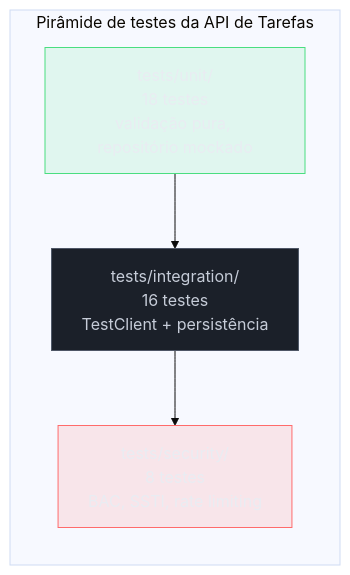
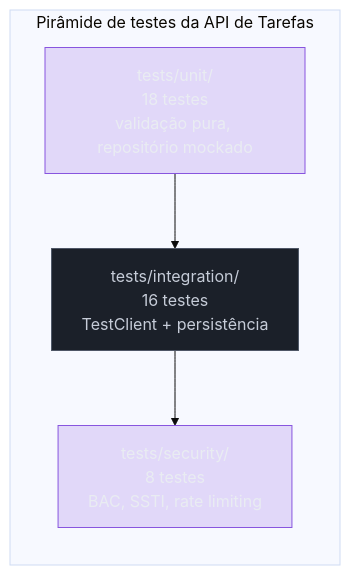
Before and after one commit to josenaldo/codex-technomanticus: the fourth of 4 diagrams in 03-Dominios/Tecnologia/Python/Testes/09 - Capstone — a suíte de testes da API de Tarefas.md, drawn with Mermaid (base theme). The commit also changed other lines of this file and 601 other files, not shown here.

````diff
--- a/03-Dominios/Tecnologia/Python/Testes/09 - Capstone — a suíte de testes da API de Tarefas.md
+++ b/03-Dominios/Tecnologia/Python/Testes/09 - Capstone — a suíte de testes da API de Tarefas.md
@@ -548,18 +548,17 @@
 ```mermaid
 flowchart TD
-    classDef ok fill:#4ADE8021,stroke:#4ADE80,color:#E9ECF2
+    classDef marca fill:#8855DF33,stroke:#8855DF,color:#E9ECF2
     classDef neutro fill:#1B2029,stroke:#4E5666,color:#C6CCD8
-    classDef falha fill:#FF6B6B24,stroke:#FF6B6B,color:#E9ECF2
     subgraph Piramide["Pirâmide de testes da API de Tarefas"]
         direction TB
         SEG["tests/security/\n8 testes\nBAC, SSTI, rate limiting"]
         INTEG["tests/integration/\n16 testes\nTestClient + persistência"]
         UNIT["tests/unit/\n18 testes\nvalidação pura, repositório mockado"]
     end
 
     UNIT --> INTEG --> SEG
 
-    class UNIT ok
+    class UNIT marca
     class INTEG neutro
-    class SEG falha
+    class SEG marca
 ```
````
